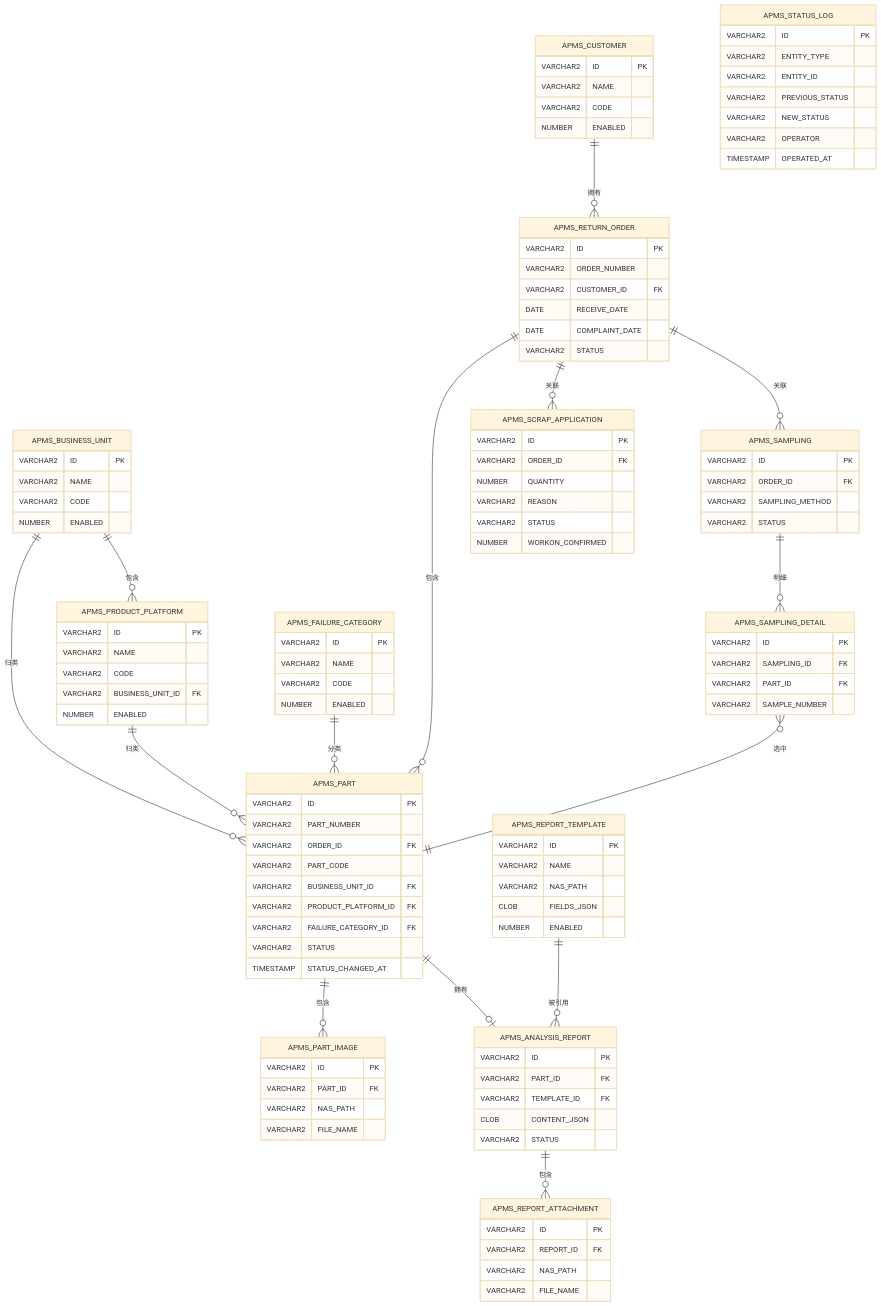
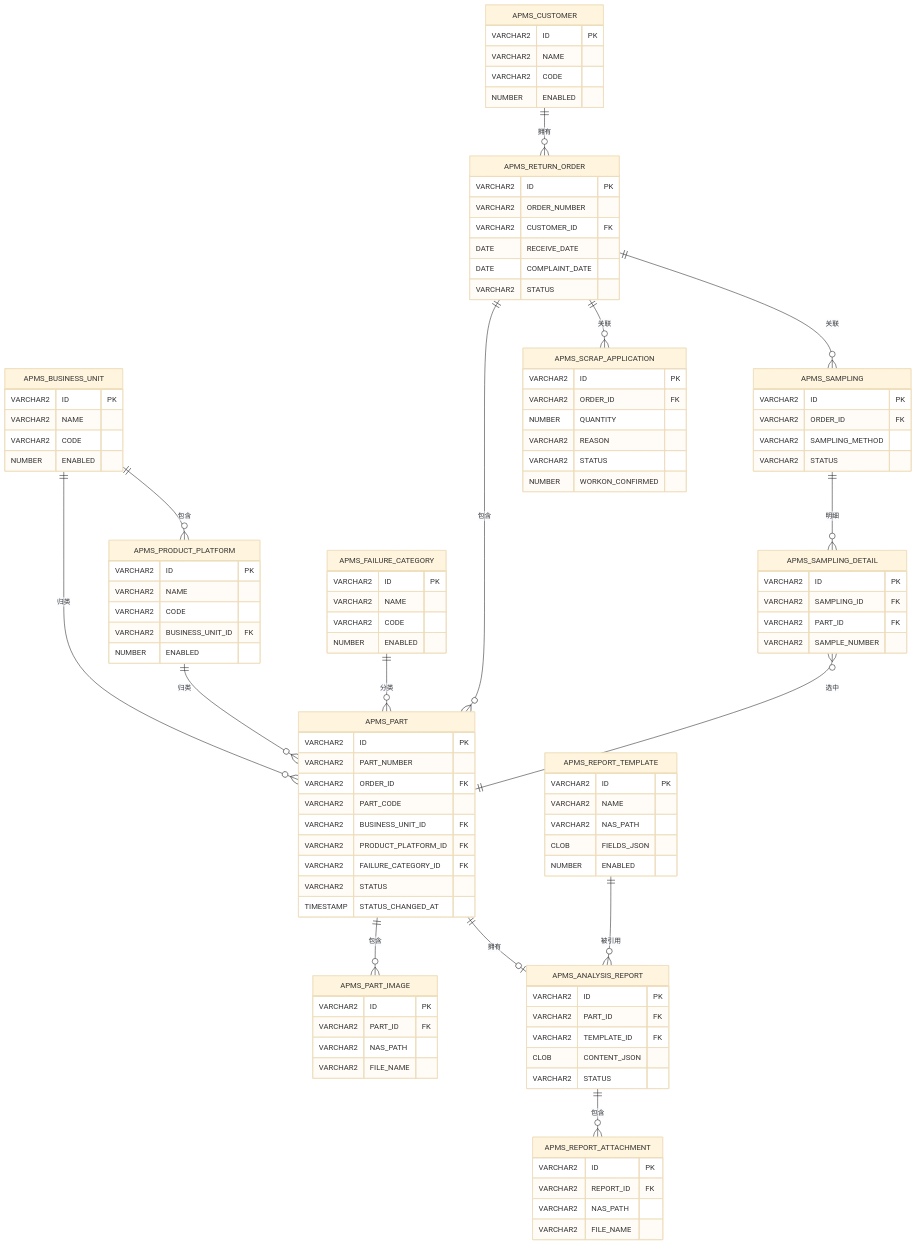
One commit to xvfeiran/wfam-doc changed diagram 12 of 12 in 开发设计文档.md. Above: the diagram before and after it, drawn with Mermaid (base theme). The commit also changed other lines of this file, not shown here.

First line of the commit message:
docs: remove status log design from document (v1.6)

```diff
--- a/开发设计文档.md
+++ b/开发设计文档.md
@@ -927,16 +923,6 @@
         VARCHAR2 NAS_PATH
         VARCHAR2 FILE_NAME
     }
-    APMS_STATUS_LOG {
-        VARCHAR2 ID PK
-        VARCHAR2 ENTITY_TYPE
-        VARCHAR2 ENTITY_ID
-        VARCHAR2 PREVIOUS_STATUS
-        VARCHAR2 NEW_STATUS
-        VARCHAR2 OPERATOR
-        TIMESTAMP OPERATED_AT
-    }
-
     APMS_CUSTOMER ||--o{ APMS_RETURN_ORDER : "拥有"
     APMS_BUSINESS_UNIT ||--o{ APMS_PRODUCT_PLATFORM : "包含"
     APMS_BUSINESS_UNIT ||--o{ APMS_PART : "归类"
```
